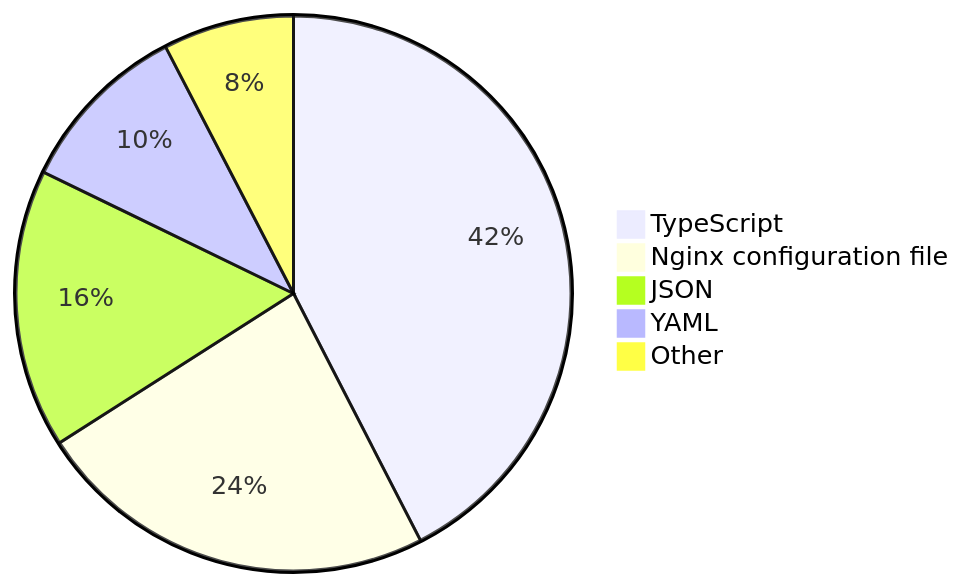
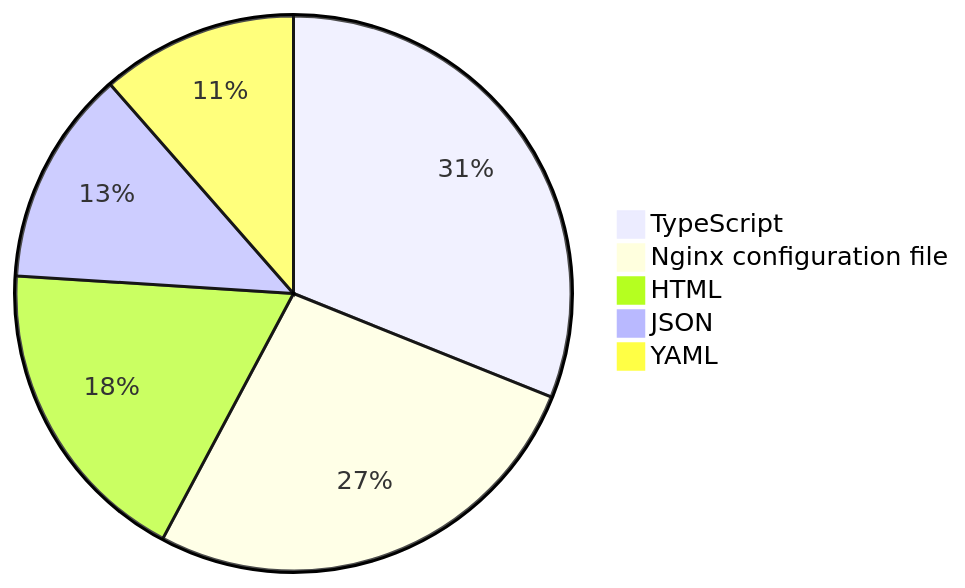
Before and after one commit to skvggor/skvggor: the diagram in README.md, drawn with Mermaid.

Commit message:
Updated waka-readme graph with new metrics

````diff
--- a/README.md
+++ b/README.md
@@ -28,8 +28,8 @@
 ```mermaid
 pie
-    "TypeScript" : 37.9
-    "Nginx configuration file" : 21.0
-    "JSON" : 14.5
-    "YAML" : 9.1
-    "Other" : 6.8
+    "TypeScript" : 28.5
+    "Nginx configuration file" : 24.5
+    "HTML" : 16.7
+    "JSON" : 11.5
+    "YAML" : 10.5
 ```
````
